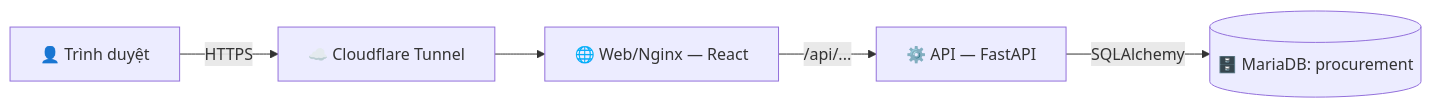
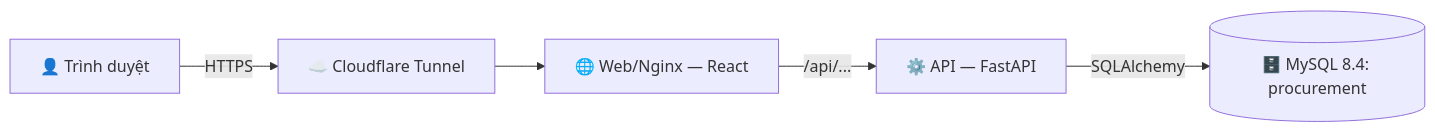
Before and after one commit to giabaohb99/procurement-tool: the first of 2 diagrams in doc/tai-lieu-ky-thuat/technical-design.md, drawn with Mermaid. The commit also changed other lines of this file and 3 other files, not shown here.

````diff
--- a/doc/tai-lieu-ky-thuat/technical-design.md
+++ b/doc/tai-lieu-ky-thuat/technical-design.md
@@ -72,7 +72,7 @@
 ```mermaid
 flowchart LR
     U["👤 Trình duyệt"] -->|HTTPS| CF["☁️ Cloudflare Tunnel"]
     CF --> WEB["🌐 Web/Nginx — React"]
     WEB -->|/api/...| API["⚙️ API — FastAPI"]
-    API -->|SQLAlchemy| DB[("🗄️ MariaDB: procurement")]
+    API -->|SQLAlchemy| DB[("🗄️ MySQL 8.4: procurement")]
 ```
````
